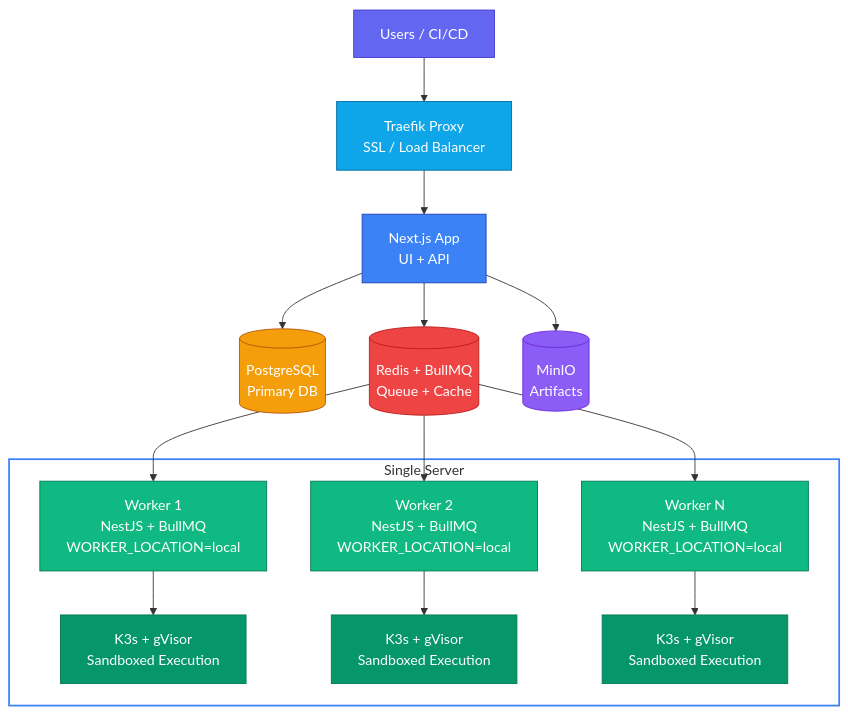
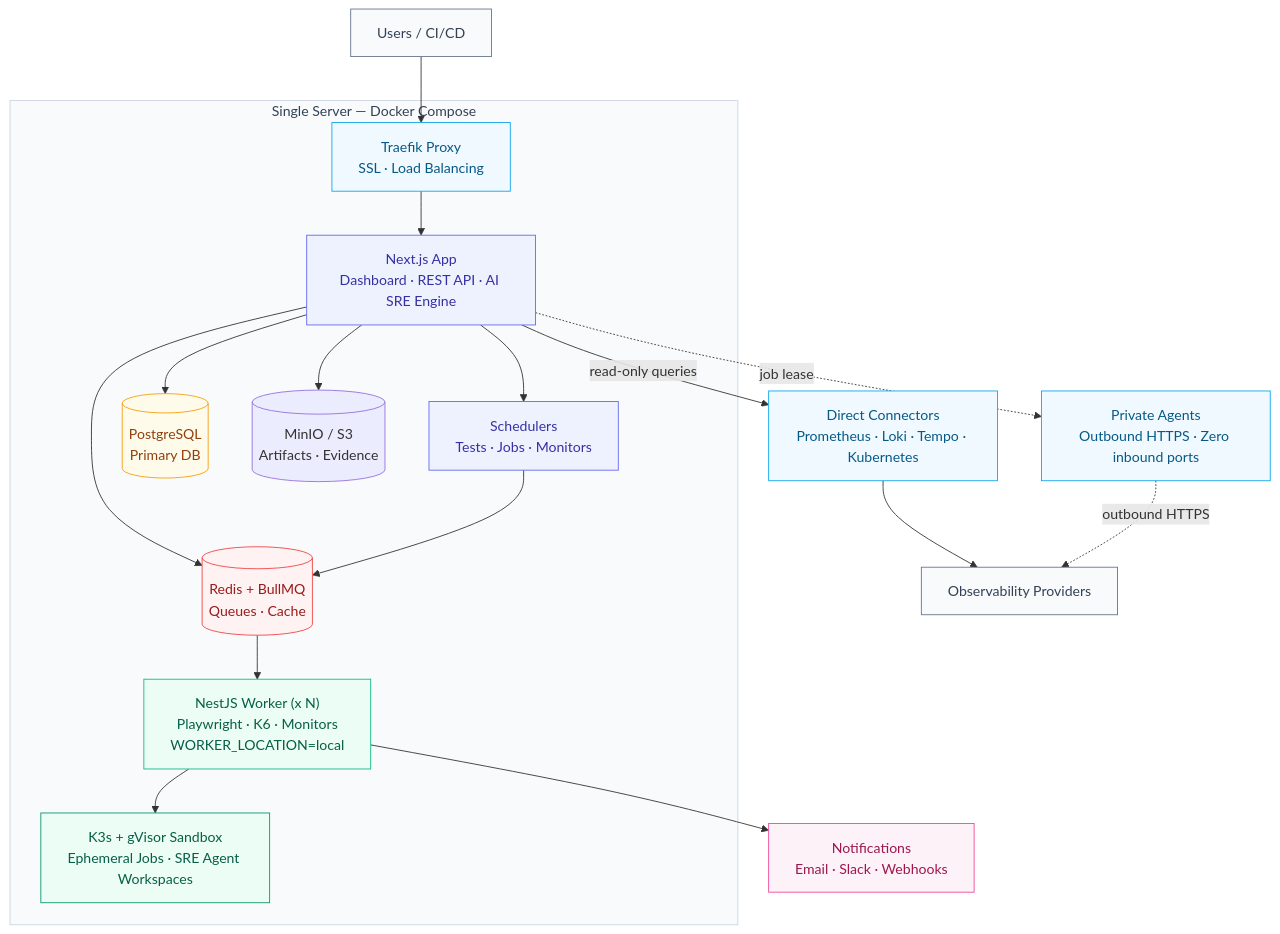
Before and after one commit to supercheck-io/supercheck: the diagram in docs/content/docs/app/deployment/self-hosted.mdx, drawn with Mermaid. The commit also changed 15 other files, not shown here.

First line of the commit message:
docs: unify diagram styling and add AI SRE to architecture (#309)

````diff
--- a/docs/content/docs/app/deployment/self-hosted.mdx
+++ b/docs/content/docs/app/deployment/self-hosted.mdx
@@ -11,30 +11,52 @@
 ```mermaid
 flowchart TB
-    Users[Users / CI/CD] --> T[Traefik Proxy<br/>SSL / Load Balancer]
-    T --> App[Next.js App<br/>UI + API]
-    App --> DB[(PostgreSQL<br/>Primary DB)] & Redis[(Redis + BullMQ<br/>Queue + Cache)] & S3[(MinIO<br/>Artifacts)]
+    Users["Users / CI/CD"]
 
-    Redis --> W1
-    Redis --> W2
-    Redis --> WN
+    subgraph SERVER["Single Server — Docker Compose"]
+        T["Traefik Proxy<br/>SSL · Load Balancing"]
+        App["Next.js App<br/>Dashboard · REST API · AI SRE Engine"]
+        Scheduler["Schedulers<br/>Tests · Jobs · Monitors"]
+        DB[("PostgreSQL<br/>Primary DB")]
+        Redis[("Redis + BullMQ<br/>Queues · Cache")]
+        S3[("MinIO / S3<br/>Artifacts · Evidence")]
+        Worker["NestJS Worker (x N)<br/>Playwright · K6 · Monitors<br/>WORKER_LOCATION=local"]
+        K3S["K3s + gVisor Sandbox<br/>Ephemeral Jobs · SRE Agent Workspaces"]
 
-    subgraph SERVER["Single Server"]
-        W1[Worker 1<br/>NestJS + BullMQ<br/>WORKER_LOCATION=local] --> K3S_1[K3s + gVisor<br/>Sandboxed Execution]
-        W2[Worker 2<br/>NestJS + BullMQ<br/>WORKER_LOCATION=local] --> K3S_2[K3s + gVisor<br/>Sandboxed Execution]
-        WN[Worker N<br/>NestJS + BullMQ<br/>WORKER_LOCATION=local] --> K3S_N[K3s + gVisor<br/>Sandboxed Execution]
+        T --> App
+        App --> Scheduler
+        App --> DB
+        App --> Redis
+        App --> S3
+        Scheduler --> Redis
+        Redis --> Worker
+        Worker --> K3S
     end
 
-    style Users fill:#6366f1,stroke:#4338ca,color:#fff
-    style T fill:#0ea5e9,stroke:#0369a1,color:#fff
-    style App fill:#3b82f6,stroke:#1e40af,color:#fff
-    style DB fill:#f59e0b,stroke:#b45309,color:#fff
-    style Redis fill:#ef4444,stroke:#b91c1c,color:#fff
-    style S3 fill:#8b5cf6,stroke:#6d28d9,color:#fff
-    style W1 fill:#10b981,stroke:#047857,color:#fff
-    style W2 fill:#10b981,stroke:#047857,color:#fff
-    style WN fill:#10b981,stroke:#047857,color:#fff
-    style K3S_1 fill:#059669,stroke:#047857,color:#fff
-    style K3S_2 fill:#059669,stroke:#047857,color:#fff
-    style K3S_N fill:#059669,stroke:#047857,color:#fff
-    style SERVER fill:none,stroke:#3b82f6,stroke-width:2px
+    Users --> T
+    App -->|"read-only queries"| Direct["Direct Connectors<br/>Prometheus · Loki · Tempo · Kubernetes"]
+    App -.->|"job lease"| Private["Private Agents<br/>Outbound HTTPS · Zero inbound ports"]
+    Direct --> Providers["Observability Providers"]
+    Private -.->|"outbound HTTPS"| Providers
+    Worker --> Notify["Notifications<br/>Email · Slack · Webhooks"]
+
+    classDef proxy fill:#f0f9ff,stroke:#0ea5e9,color:#075985
+    classDef app fill:#eef2ff,stroke:#6366f1,color:#3730a3
+    classDef data fill:#fffbeb,stroke:#f59e0b,color:#92400e
+    classDef queue fill:#fef2f2,stroke:#ef4444,color:#991b1b
+    classDef worker fill:#ecfdf5,stroke:#10b981,color:#065f46
+    classDef sandbox fill:#ecfdf5,stroke:#059669,color:#065f46
+    classDef connector fill:#f0f9ff,stroke:#0ea5e9,color:#075985
+    classDef external fill:#f8fafc,stroke:#64748b,color:#334155
+    classDef notify fill:#fdf2f8,stroke:#ec4899,color:#9d174d
+
+    class Users,Providers external
+    class T proxy
+    class App,Scheduler app
+    class DB data
+    class Redis queue
+    class Worker worker
+    class K3S sandbox
+    class Direct,Private connector
+    class Notify notify
+    style SERVER fill:#f8fafc,stroke:#cbd5e1,color:#334155
 ```
````
